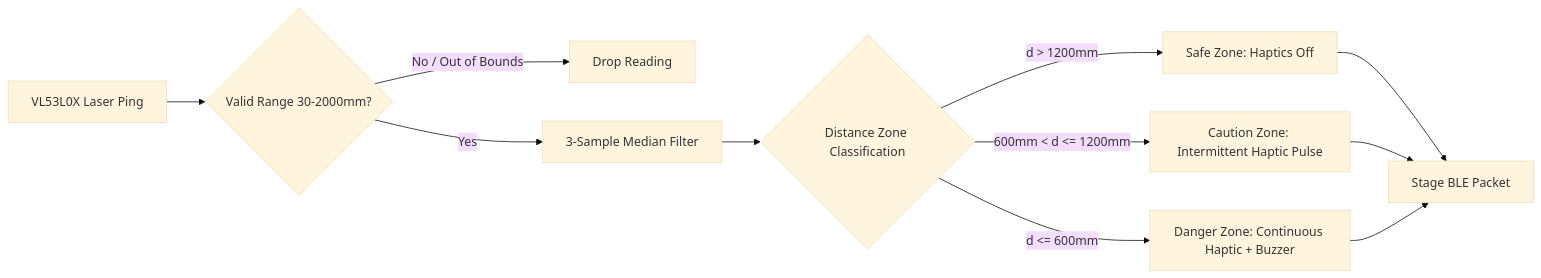
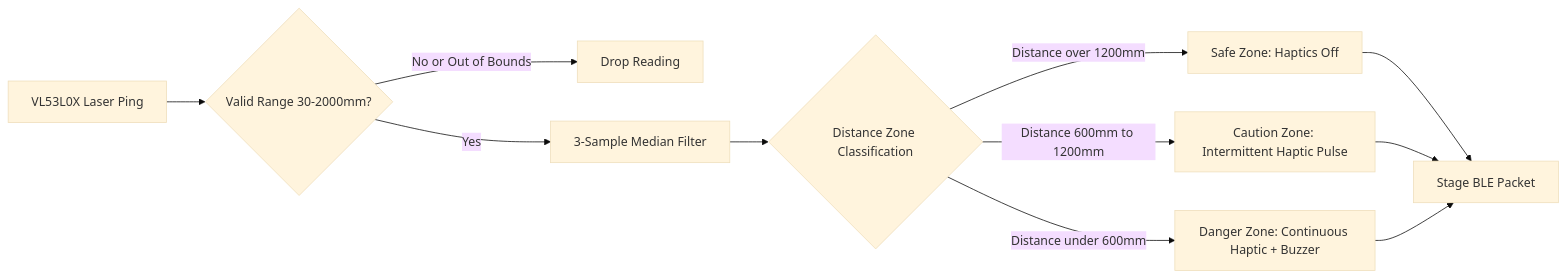
One commit to chetanngavali/DrishtiAi changed the diagram in docs/hardware/esp32-vl53l0x.md. Above: the diagram before and after it, drawn with Mermaid (base theme). The commit also changed 17 other files, not shown here.

Commit message:
docs: sanitize all Mermaid diagram syntax for GitHub markdown renderer

````diff
--- a/docs/hardware/esp32-vl53l0x.md
+++ b/docs/hardware/esp32-vl53l0x.md
@@ -38,15 +38,15 @@
 ```mermaid
 flowchart LR
-    Raw[VL53L0X Laser Ping] --> RangeCheck{Valid Range 30-2000mm?}
-    RangeCheck -->|No / Out of Bounds| Reject[Drop Reading]
-    RangeCheck -->|Yes| Median[3-Sample Median Filter]
-    Median --> Zone{Distance Zone Classification}
+    Raw["VL53L0X Laser Ping"] --> RangeCheck{"Valid Range 30-2000mm?"}
+    RangeCheck -->|"No or Out of Bounds"| Reject["Drop Reading"]
+    RangeCheck -->|"Yes"| Median["3-Sample Median Filter"]
+    Median --> Zone{"Distance Zone Classification"}
     
-    Zone -->|d > 1200mm| ZoneFar[Safe Zone: Haptics Off]
-    Zone -->|600mm < d <= 1200mm| ZoneMid[Caution Zone: Intermittent Haptic Pulse]
-    Zone -->|d <= 600mm| ZoneDanger[Danger Zone: Continuous Haptic + Buzzer]
+    Zone -->|"Distance over 1200mm"| ZoneFar["Safe Zone: Haptics Off"]
+    Zone -->|"Distance 600mm to 1200mm"| ZoneMid["Caution Zone: Intermittent Haptic Pulse"]
+    Zone -->|"Distance under 600mm"| ZoneDanger["Danger Zone: Continuous Haptic + Buzzer"]
     
-    ZoneFar --> BLE[Stage BLE Packet]
+    ZoneFar --> BLE["Stage BLE Packet"]
     ZoneMid --> BLE
     ZoneDanger --> BLE
 ```
````
